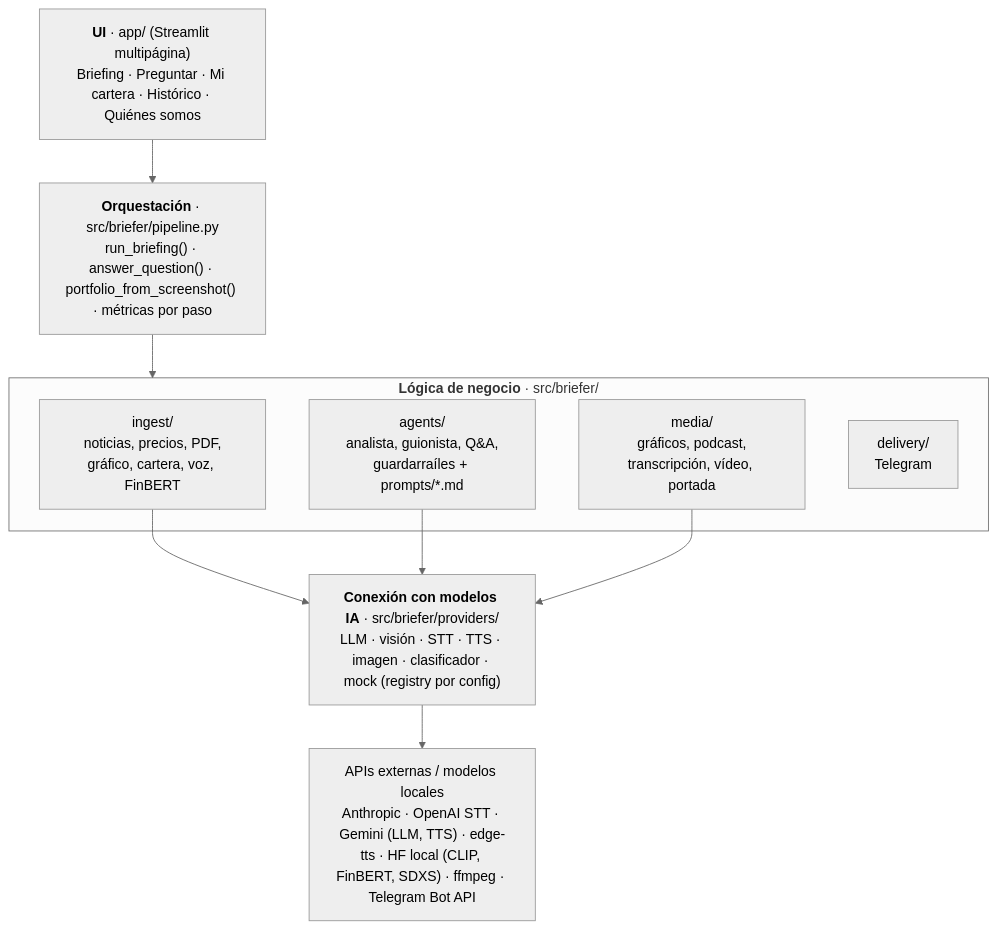
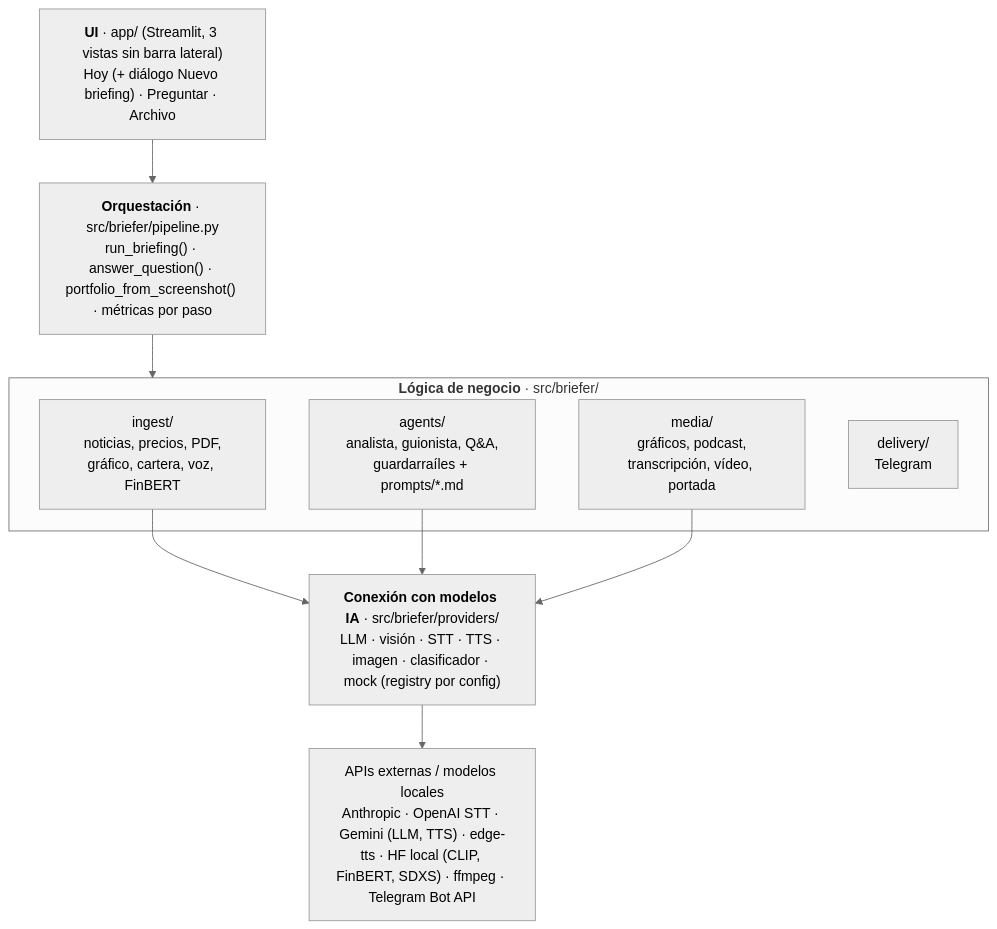
The third of 3 diagrams in README.md (Romequinco/multimodal-market-briefer), drawn with Mermaid (neutral theme) before and after one commit. The commit also changed other lines of this file and 62 other files, not shown here.

First line of the commit message:
Rediseño de la UI: tres vistas sin barra lateral (Hoy, Preguntar, Archivo)

````diff
--- a/README.md
+++ b/README.md
@@ -316,19 +316,19 @@
 ```mermaid
 flowchart TB
-    UI["<b>UI</b> · app/ (Streamlit multipágina)<br/>Briefing · Preguntar · Mi cartera · Histórico · Quiénes somos"]
+    UI["<b>UI</b> · app/ (Streamlit, 3 vistas sin barra lateral)<br/>Hoy (+ diálogo Nuevo briefing) · Preguntar · Archivo"]
     PL["<b>Orquestación</b> · src/briefer/pipeline.py<br/>run_briefing() · answer_question() · portfolio_from_screenshot() · métricas por paso"]
     subgraph BIZ["<b>Lógica de negocio</b> · src/briefer/"]
         ING["ingest/<br/>noticias, precios, PDF,<br/>gráfico, cartera, voz, FinBERT"]
         AGT["agents/<br/>analista, guionista, Q&A,<br/>guardarraíles + prompts/*.md"]
         MED["media/<br/>gráficos, podcast,<br/>transcripción, vídeo, portada"]
         DLV["delivery/<br/>Telegram"]
     end
     PRV["<b>Conexión con modelos IA</b> · src/briefer/providers/<br/>LLM · visión · STT · TTS · imagen · clasificador · mock (registry por config)"]
     X["APIs externas / modelos locales<br/>Anthropic · OpenAI STT · Gemini (LLM, TTS) · edge-tts · HF local (CLIP, FinBERT, SDXS) · ffmpeg · Telegram Bot API"]
 
     UI --> PL --> BIZ
     ING --> PRV
     AGT --> PRV
     MED --> PRV
     PRV --> X
 ```
````
